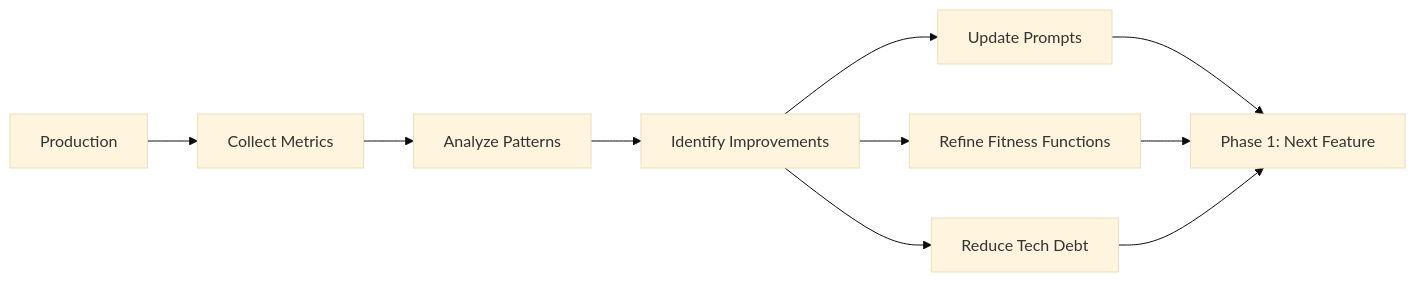
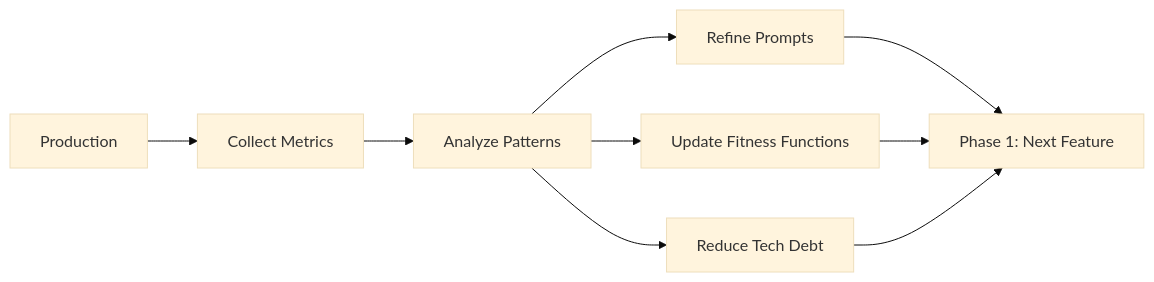
One commit to AliceNN-ucdenver/MaintainabilityAI changed the diagram in site-tw/public/docs/sdlc/phase6-evolution.md. Above: the diagram before and after it, drawn with Mermaid (base theme). The commit also changed other lines of this file and 99 other files, not shown here.

````diff
--- a/site-tw/public/docs/sdlc/phase6-evolution.md
+++ b/site-tw/public/docs/sdlc/phase6-evolution.md
@@ -27,12 +18,11 @@
 ```mermaid
 flowchart LR
     A[Production] --> B[Collect Metrics]
     B --> C[Analyze Patterns]
-    C --> D[Identify Improvements]
-    D --> E[Update Prompts]
-    D --> F[Refine Fitness Functions]
-    D --> G[Reduce Tech Debt]
-    E --> H[Phase 1: Next Feature]
-    F --> H
-    G --> H
+    C --> D[Refine Prompts]
+    C --> E[Update Fitness Functions]
+    C --> F[Reduce Tech Debt]
+    D --> G[Phase 1: Next Feature]
+    E --> G
+    F --> G
 ```
````
